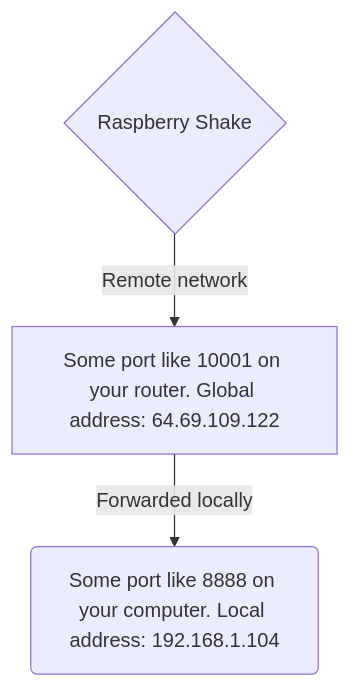
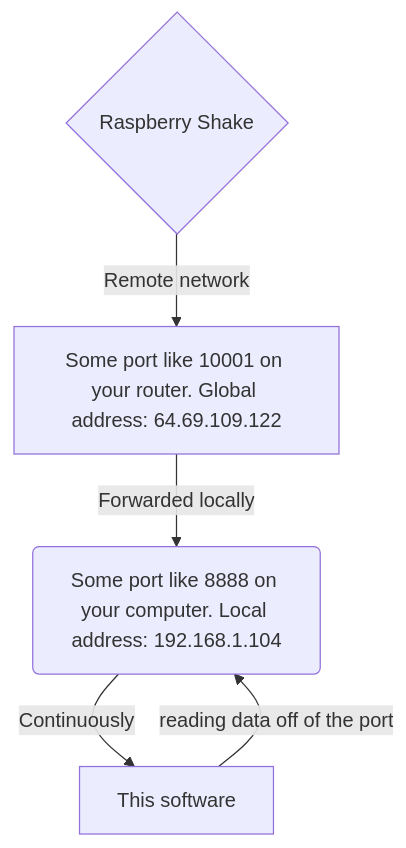
Before and after one commit to raspishake/rsudp: the second of 2 diagrams in README.md, drawn with Mermaid. The commit also changed other lines of this file, not shown here.

````diff
--- a/README.md
+++ b/README.md
@@ -46,5 +52,7 @@
 ```mermaid
 graph TD
 A{Raspberry Shake} -->|Remote network| B[Some port like 10001 on your router. Global address: 64.69.109.122]
 B -->|Forwarded locally| C(Some port like 8888 on your computer. Local address: 192.168.1.104)
+C -->|Continuously| D[This software]
+D -->|reading data off of the port| C
 ```
````
